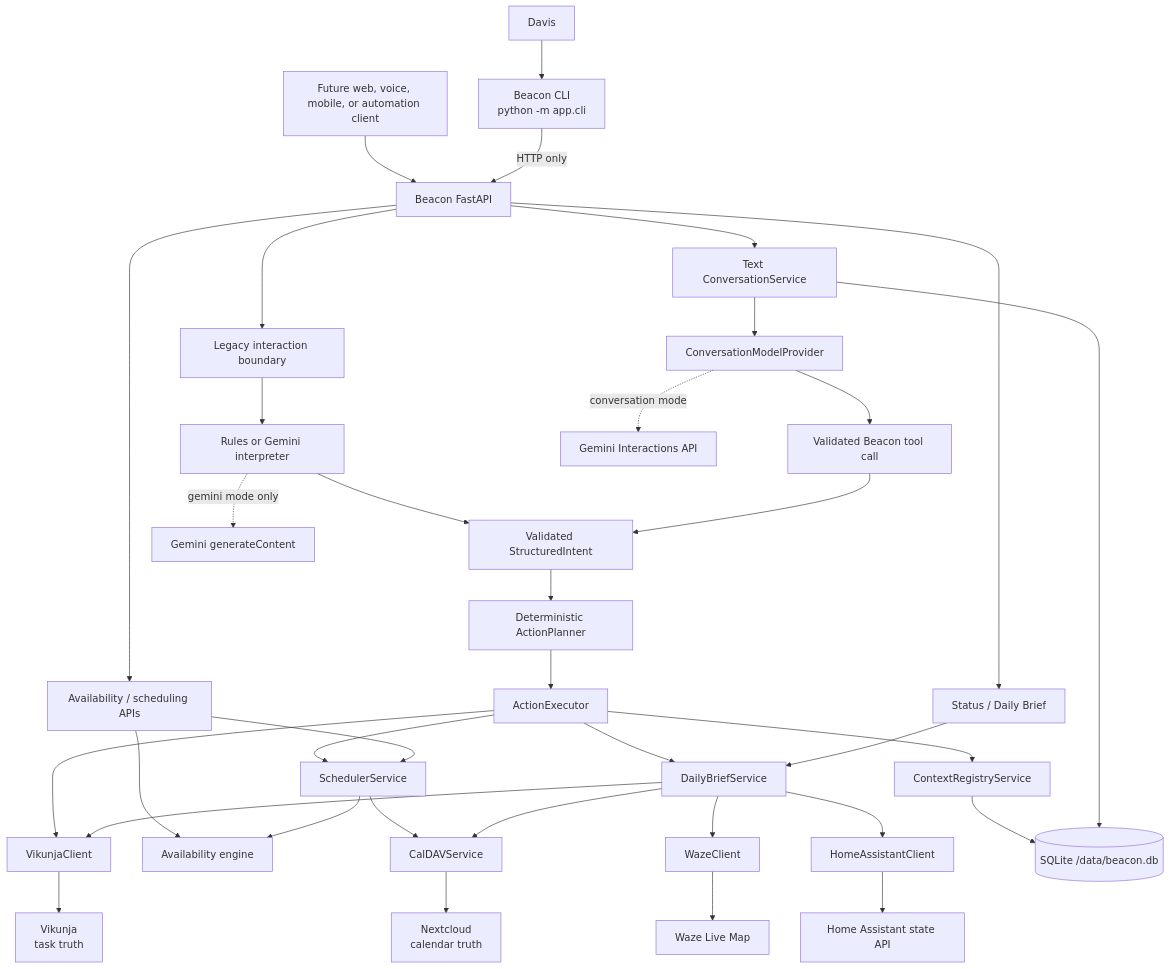
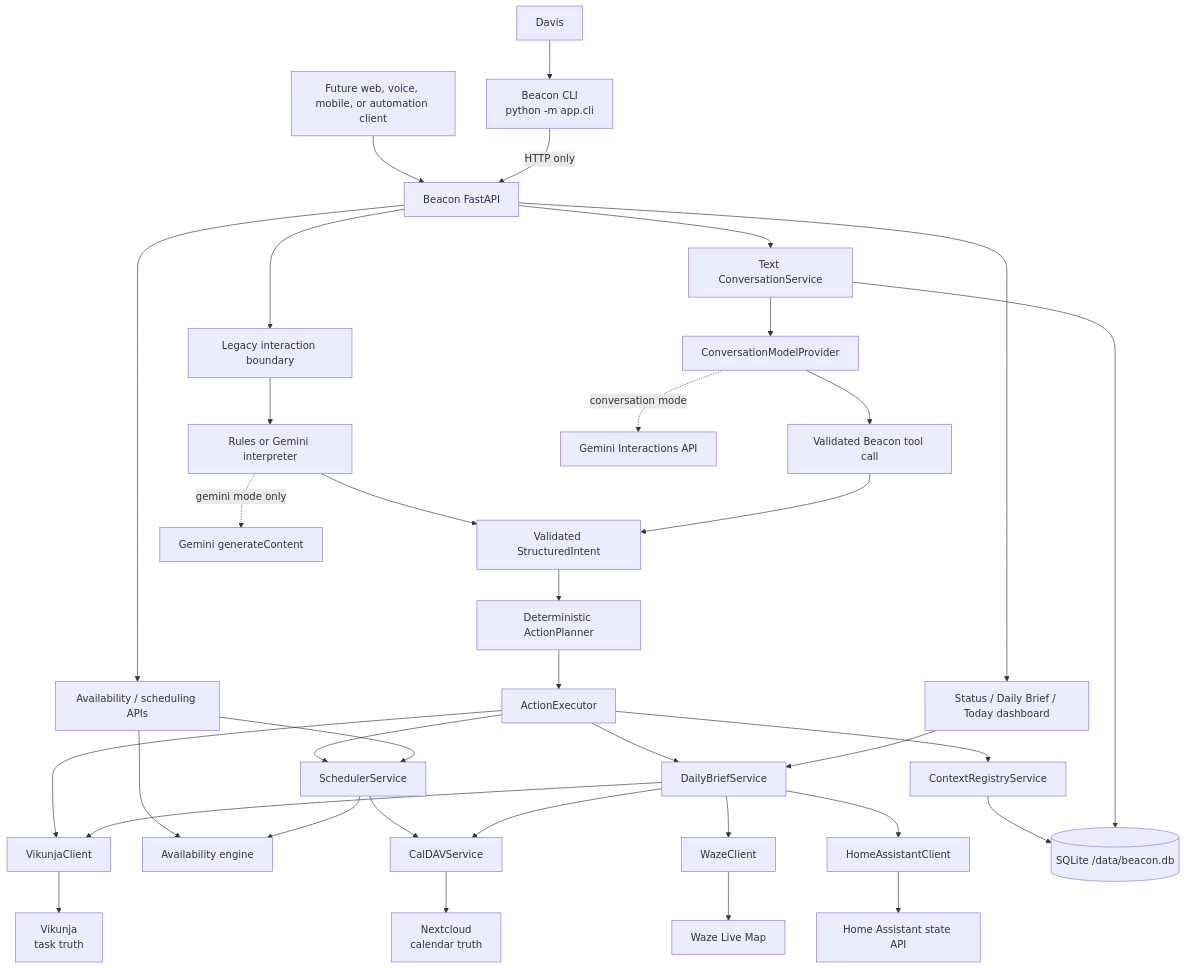
The diagram in docs/architecture.md (daviswmiller057/beacon-api), drawn with Mermaid before and after one commit. The commit also changed other lines of this file and 12 other files, not shown here.

Commit message:
Add authenticated Today dashboard API

````diff
--- a/docs/architecture.md
+++ b/docs/architecture.md
@@ -15,43 +15,43 @@
 ```mermaid
 flowchart TD
     User["Davis"] --> CLI["Beacon CLI\npython -m app.cli"]
     Other["Future web, voice, mobile, or automation client"] --> API
     CLI -->|"HTTP only"| API["Beacon FastAPI"]
 
     API --> INT["Legacy interaction boundary"]
     API --> CONV["Text ConversationService"]
-    API --> READ["Status / Daily Brief"]
+    API --> READ["Status / Daily Brief / Today dashboard"]
     API --> LOW["Availability / scheduling APIs"]
 
     INT --> IP["Rules or Gemini interpreter"]
     IP --> SI["Validated StructuredIntent"]
     CONV --> CP["ConversationModelProvider"]
     CP --> TC["Validated Beacon tool call"]
     TC --> SI
     SI --> PLAN["Deterministic ActionPlanner"]
     PLAN --> EXEC["ActionExecutor"]
 
     EXEC --> V["VikunjaClient"]
     EXEC --> S["SchedulerService"]
     EXEC --> DB["DailyBriefService"]
     EXEC --> CR["ContextRegistryService"]
     LOW --> S
     LOW --> AV["Availability engine"]
     READ --> DB
 
     S --> AV
     S --> C["CalDAVService"]
     DB --> C
     DB --> V
     DB --> W["WazeClient"]
     DB --> HA["HomeAssistantClient"]
 
     V --> VT["Vikunja\ntask truth"]
     C --> NC["Nextcloud\ncalendar truth"]
     W --> WZ["Waze Live Map"]
     HA --> HAS["Home Assistant state API"]
     IP -. "gemini mode only" .-> G["Gemini generateContent"]
     CP -. "conversation mode" .-> GI["Gemini Interactions API"]
     CR --> SQL[("SQLite /data/beacon.db")]
     CONV --> SQL
 ```
````
